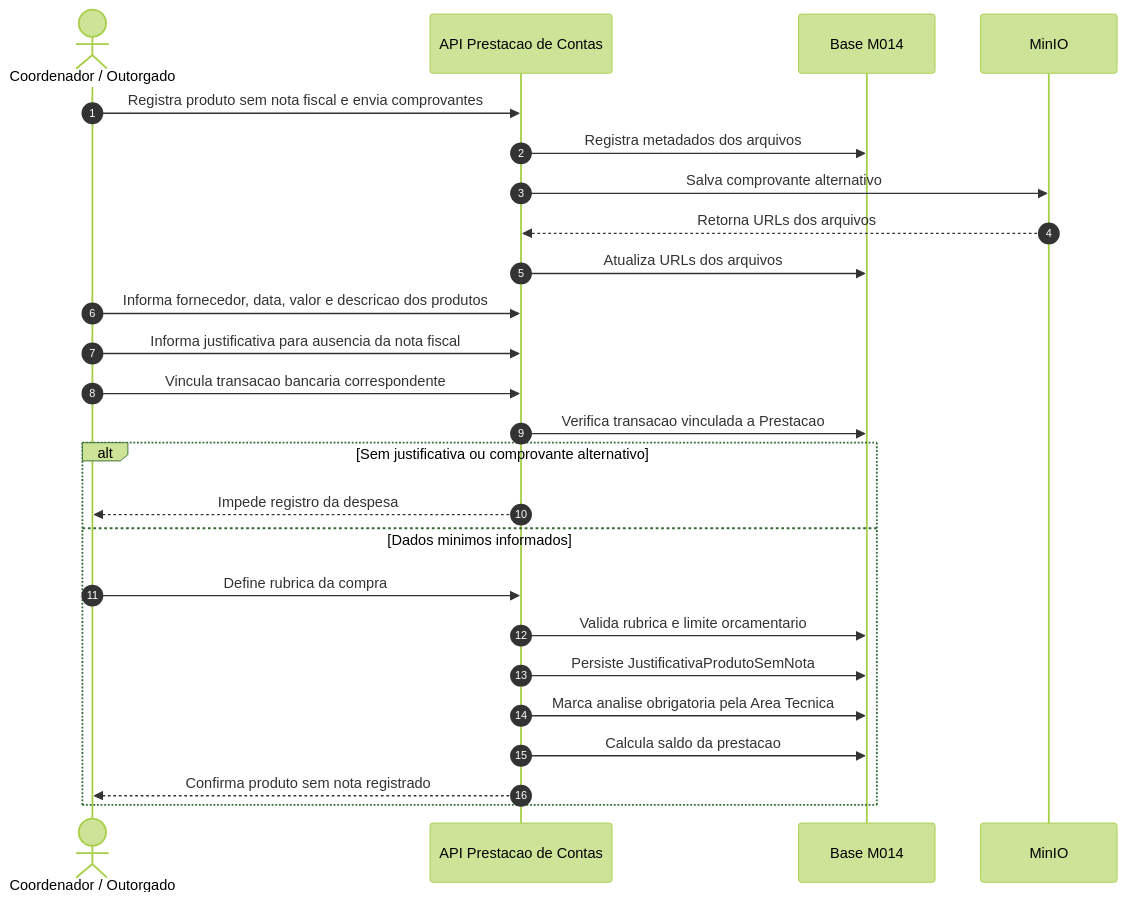
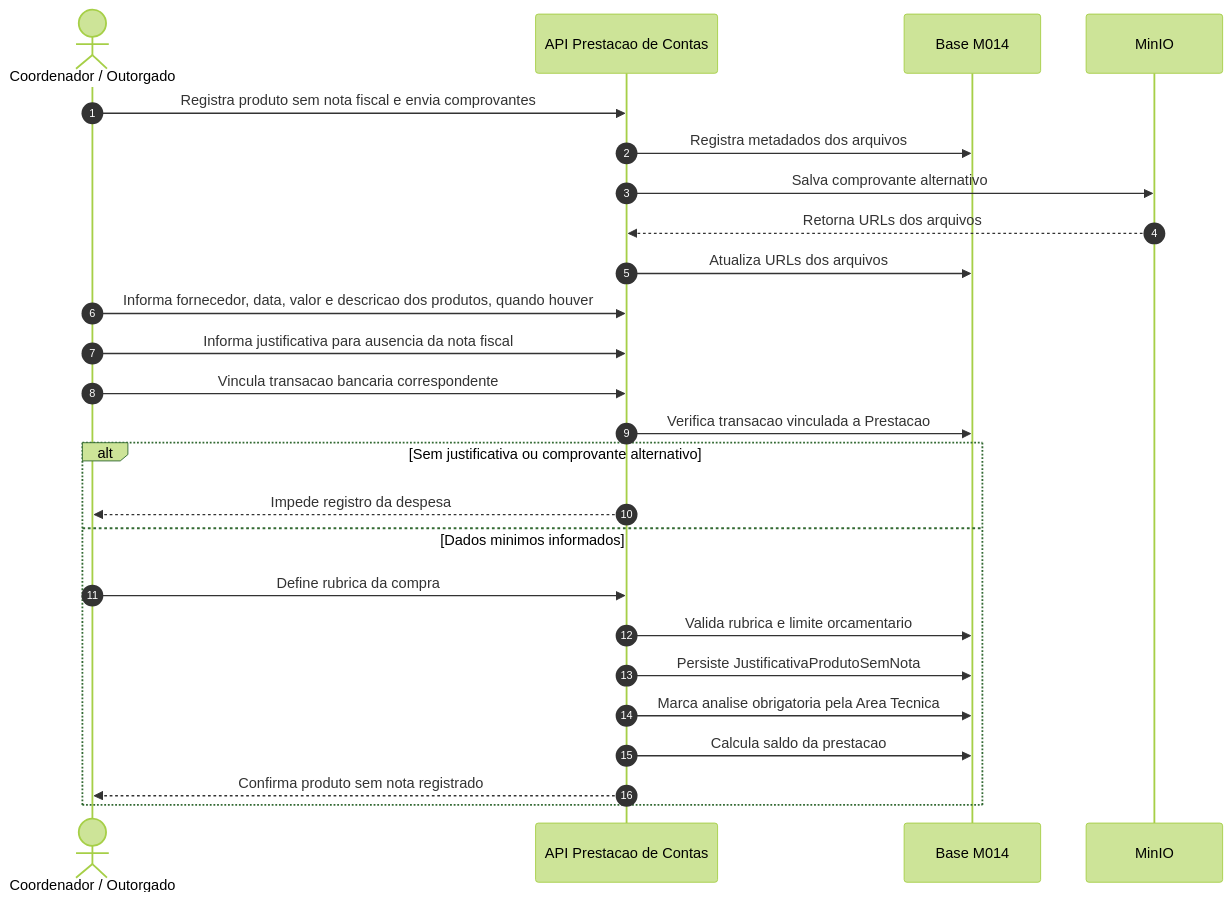
The sixth of 11 diagrams in docs/implementation/modules/M014-prestacao-contas/processo.md (Czzped/conecta-fapes-teste), drawn with Mermaid (forest theme) before and after one commit. The commit also changed 6 other files, not shown here.

````diff
--- a/docs/implementation/modules/M014-prestacao-contas/processo.md
+++ b/docs/implementation/modules/M014-prestacao-contas/processo.md
@@ -238,29 +238,29 @@
 ```mermaid
 sequenceDiagram
     autonumber
     actor Coord as Coordenador / Outorgado
     participant API as API Prestacao de Contas
     participant DB as Base M014
     participant MinIO as MinIO
 
     Coord->>API: Registra produto sem nota fiscal e envia comprovantes
     API->>DB: Registra metadados dos arquivos
     API->>MinIO: Salva comprovante alternativo
     MinIO-->>API: Retorna URLs dos arquivos
     API->>DB: Atualiza URLs dos arquivos
-    Coord->>API: Informa fornecedor, data, valor e descricao dos produtos
+    Coord->>API: Informa fornecedor, data, valor e descricao dos produtos, quando houver
     Coord->>API: Informa justificativa para ausencia da nota fiscal
     Coord->>API: Vincula transacao bancaria correspondente
     API->>DB: Verifica transacao vinculada a Prestacao
 
     alt Sem justificativa ou comprovante alternativo
         API-->>Coord: Impede registro da despesa
     else Dados minimos informados
         Coord->>API: Define rubrica da compra
         API->>DB: Valida rubrica e limite orcamentario
         API->>DB: Persiste JustificativaProdutoSemNota
         API->>DB: Marca analise obrigatoria pela Area Tecnica
         API->>DB: Calcula saldo da prestacao
         API-->>Coord: Confirma produto sem nota registrado
     end
 ```
````
